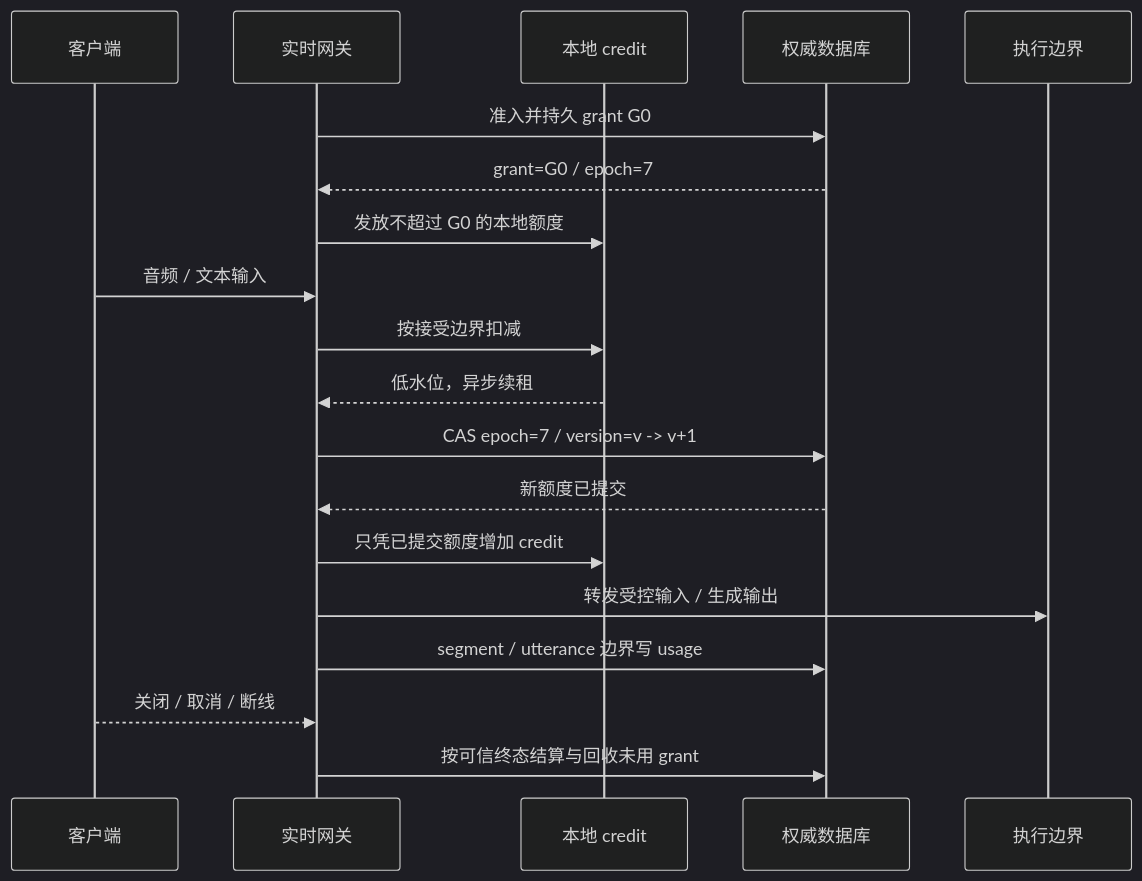
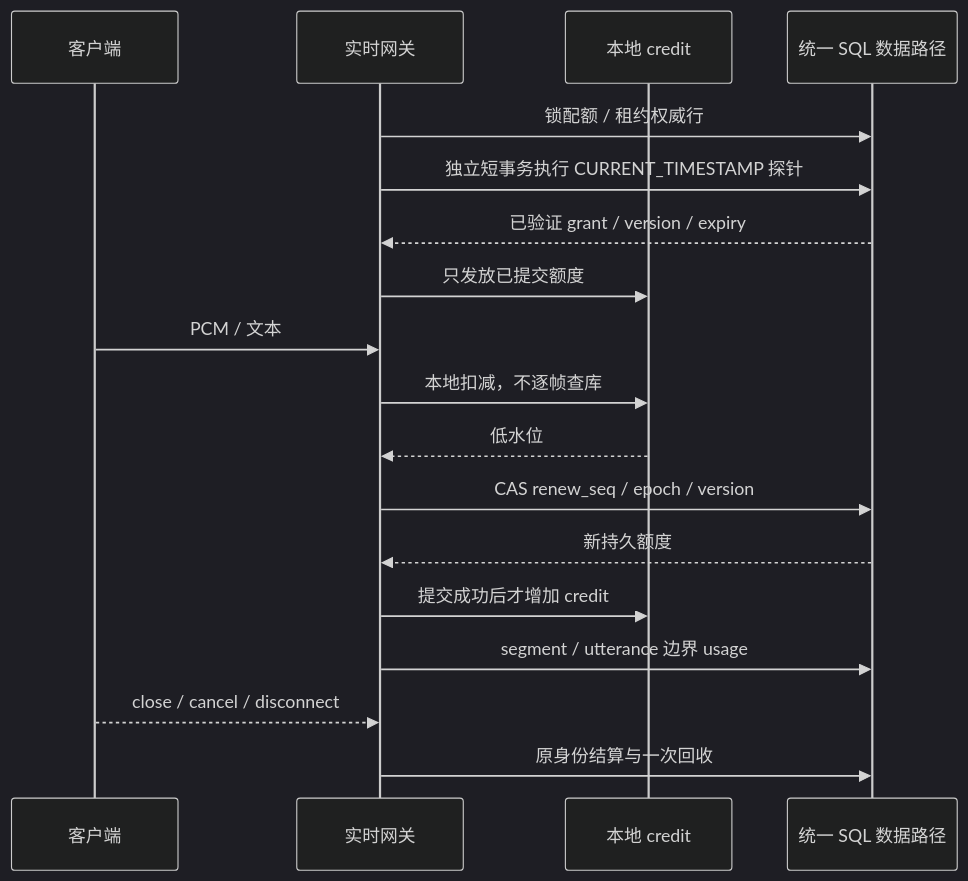
The second of 2 diagrams in docs/architecture/database-portability.md (hrygo/SpeechNexus), drawn with Mermaid (dark theme) before and after one commit. The commit also changed other lines of this file and 13 other files, not shown here.

Commit message:
docs: 收敛为单一可移植 SQL 数据路径

````diff
--- a/docs/architecture/database-portability.md
+++ b/docs/architecture/database-portability.md
@@ -217,22 +335,21 @@
 ```mermaid
 sequenceDiagram
     participant C as 客户端
     participant G as 实时网关
     participant L as 本地 credit
-    participant DB as 权威数据库
-    participant I as 执行边界
+    participant DB as 统一 SQL 数据路径
 
-    G->>DB: 准入并持久 grant G0
-    DB-->>G: grant=G0 / epoch=7
-    G->>L: 发放不超过 G0 的本地额度
-    C->>G: 音频 / 文本输入
-    G->>L: 按接受边界扣减
-    L-->>G: 低水位，异步续租
-    G->>DB: CAS epoch=7 / version=v -> v+1
-    DB-->>G: 新额度已提交
-    G->>L: 只凭已提交额度增加 credit
-    G->>I: 转发受控输入 / 生成输出
-    G->>DB: segment / utterance 边界写 usage
-    C-->>G: 关闭 / 取消 / 断线
-    G->>DB: 按可信终态结算与回收未用 grant
+    G->>DB: 锁配额 / 租约权威行
+    G->>DB: 独立短事务执行 CURRENT_TIMESTAMP 探针
+    DB-->>G: 已验证 grant / version / expiry
+    G->>L: 只发放已提交额度
+    C->>G: PCM / 文本
+    G->>L: 本地扣减，不逐帧查库
+    L-->>G: 低水位
+    G->>DB: CAS renew_seq / epoch / version
+    DB-->>G: 新持久额度
+    G->>L: 提交成功后才增加 credit
+    G->>DB: segment / utterance 边界 usage
+    C-->>G: close / cancel / disconnect
+    G->>DB: 原身份结算与一次回收
 ```
````
